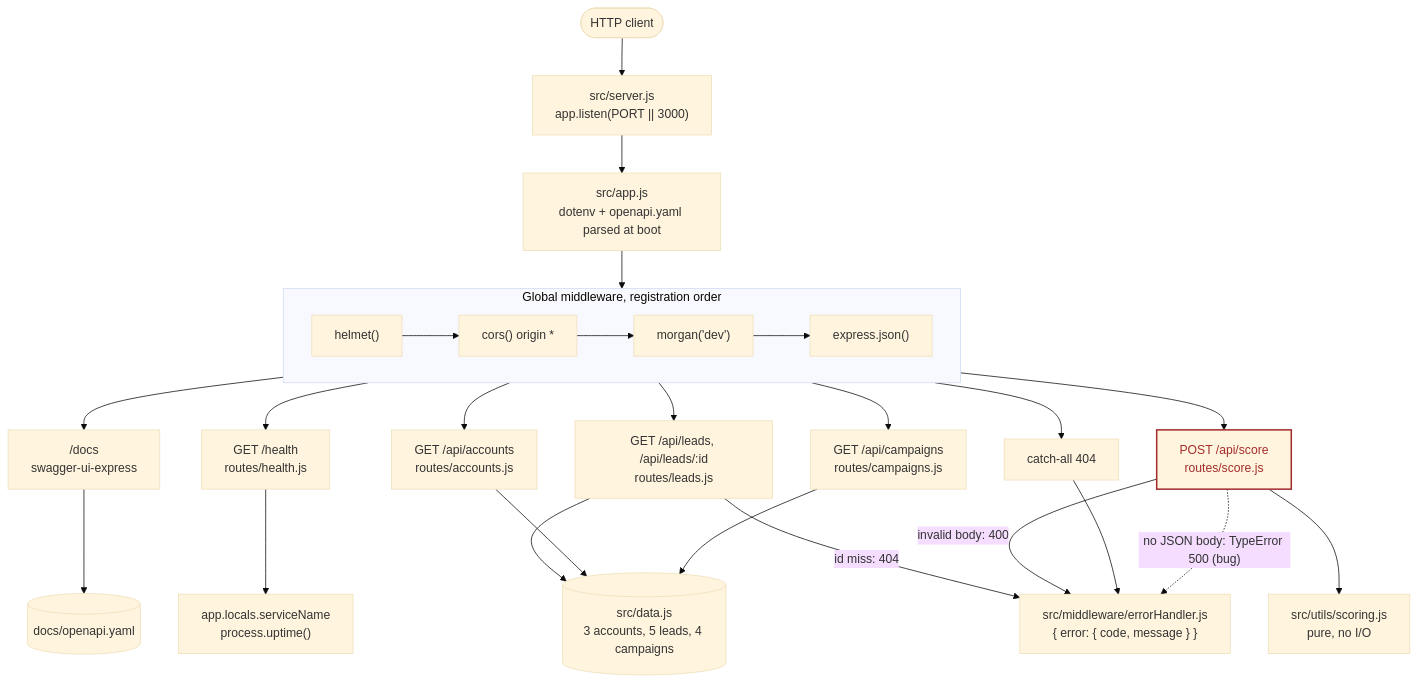
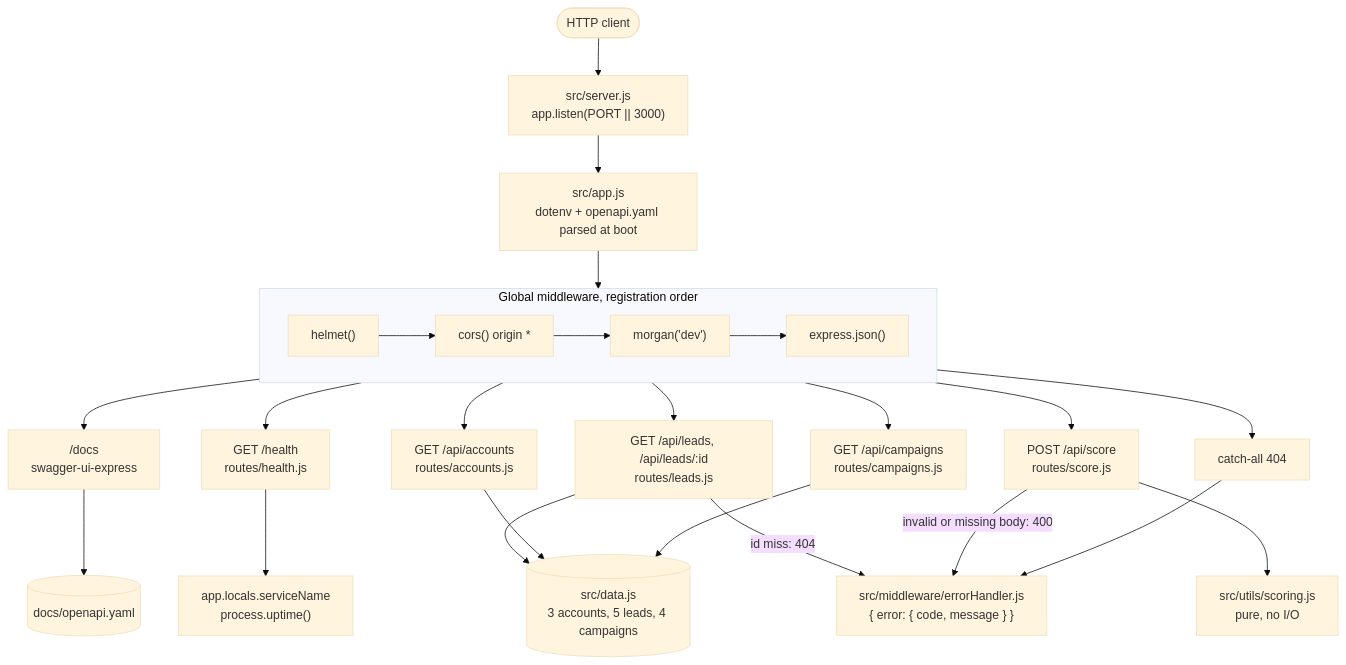
The first of 2 diagrams in architecture-diagrams.md (mizcausevic-dev/kinetic-api-gateway), drawn with Mermaid (base theme) before and after one commit. The commit also changed other lines of this file and 11 other files, not shown here.

````diff
--- a/architecture-diagrams.md
+++ b/architecture-diagrams.md
@@ -7,28 +9,25 @@
 ```mermaid
 flowchart TD
   client([HTTP client]) --> server["src/server.js<br/>app.listen(PORT || 3000)"]
   server --> app["src/app.js<br/>dotenv + openapi.yaml parsed at boot"]
   subgraph mw["Global middleware, registration order"]
     direction LR
     helmet["helmet()"] --> cors["cors() origin *"] --> morgan["morgan('dev')"] --> json["express.json()"]
   end
   app --> helmet
   json --> docs["/docs<br/>swagger-ui-express"]
   json --> health["GET /health<br/>routes/health.js"]
   json --> leads["GET /api/leads, /api/leads/:id<br/>routes/leads.js"]
   json --> accounts["GET /api/accounts<br/>routes/accounts.js"]
   json --> campaigns["GET /api/campaigns<br/>routes/campaigns.js"]
   json --> score["POST /api/score<br/>routes/score.js"]
   json --> nf["catch-all 404"]
   docs --> spec[("docs/openapi.yaml")]
   health --> locals["app.locals.serviceName<br/>process.uptime()"]
   leads & accounts & campaigns --> data[("src/data.js<br/>3 accounts, 5 leads, 4 campaigns")]
   score --> scoring["src/utils/scoring.js<br/>pure, no I/O"]
   err["src/middleware/errorHandler.js<br/>{ error: { code, message } }"]
   leads -- "id miss: 404" --> err
-  score -- "invalid body: 400" --> err
+  score -- "invalid or missing body: 400" --> err
   nf --> err
-  score -. "no JSON body: TypeError 500 (bug)" .-> err
-  classDef bug stroke:#A32D2D,stroke-width:2px,color:#A32D2D
-  class score bug
 ```
````
